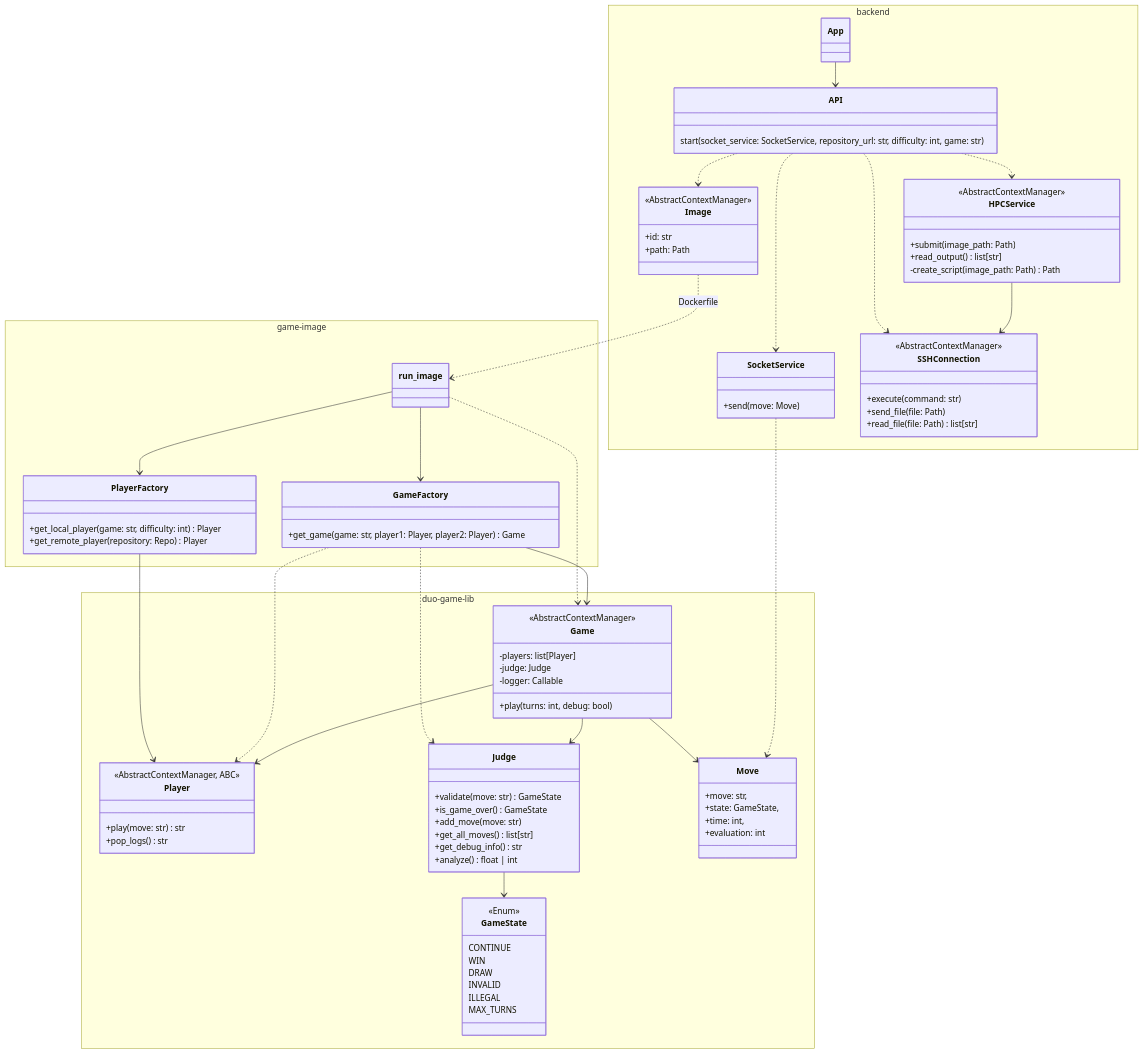
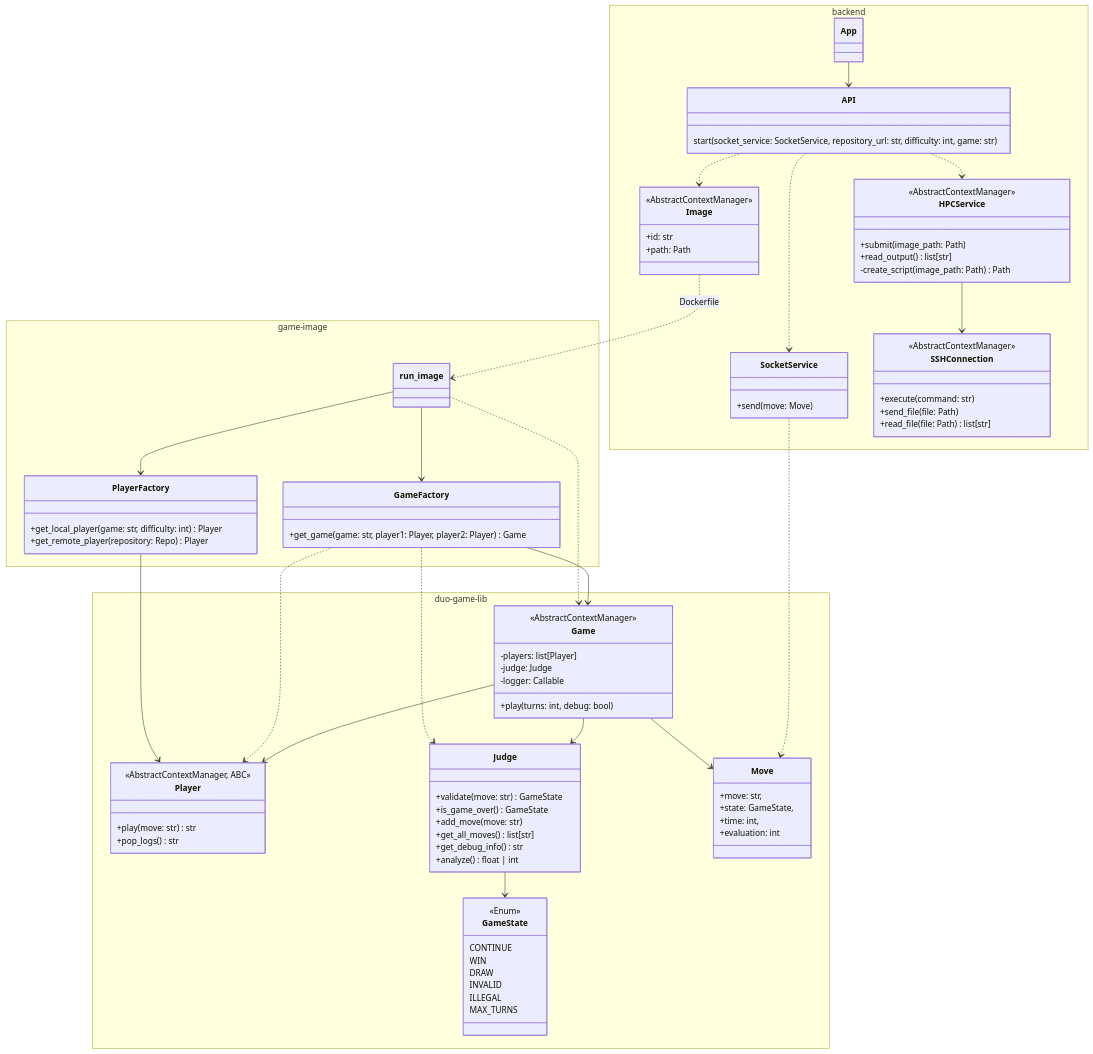
One commit to game-ai-platform-team/tira-ai-platform changed the second of 3 diagrams in docs/architecture.md. Above: the diagram before and after it, drawn with Mermaid. The commit also changed other lines of this file, not shown here.

```diff
--- a/docs/architecture.md
+++ b/docs/architecture.md
@@ -83,7 +83,6 @@
 App --> API
 
 API ..> SocketService
-API ..> SSHConnection
 API ..> HPCService
 API ..> Image
 HPCService --> SSHConnection
```
